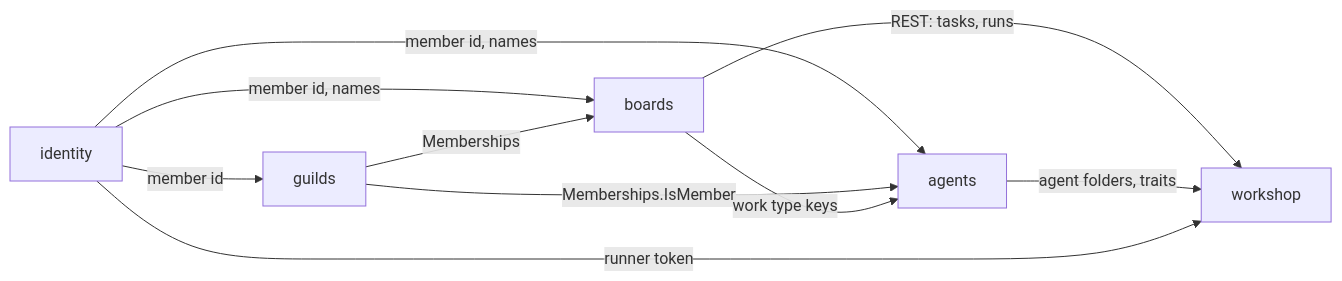
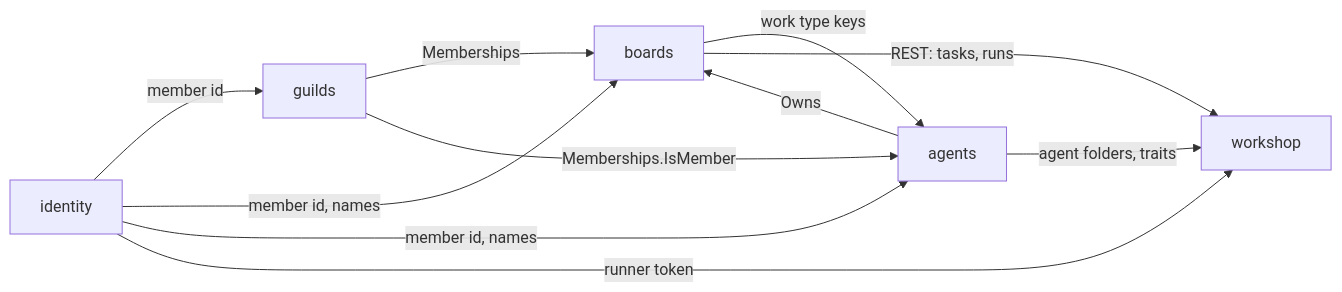
The diagram in docs/domain/context-map.md (jevido/the-bakery), drawn with Mermaid before and after one commit. The commit also changed other lines of this file and 3 other files, not shown here.

````diff
--- a/docs/domain/context-map.md
+++ b/docs/domain/context-map.md
@@ -60,12 +61,13 @@
 ```mermaid
 flowchart LR
   identity -->|member id| guilds
   identity -->|member id, names| boards
   identity -->|member id, names| agents
   guilds -->|Memberships| boards
   guilds -->|Memberships.IsMember| agents
   boards -->|work type keys| agents
+  agents -->|Owns| boards
   boards -->|REST: tasks, runs| workshop
   agents -->|agent folders, traits| workshop
   identity -->|runner token| workshop
 ```
````
